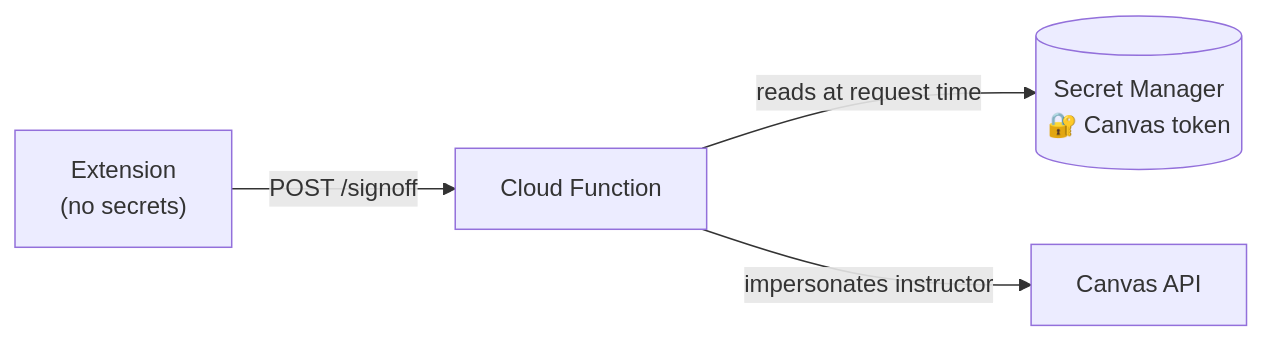
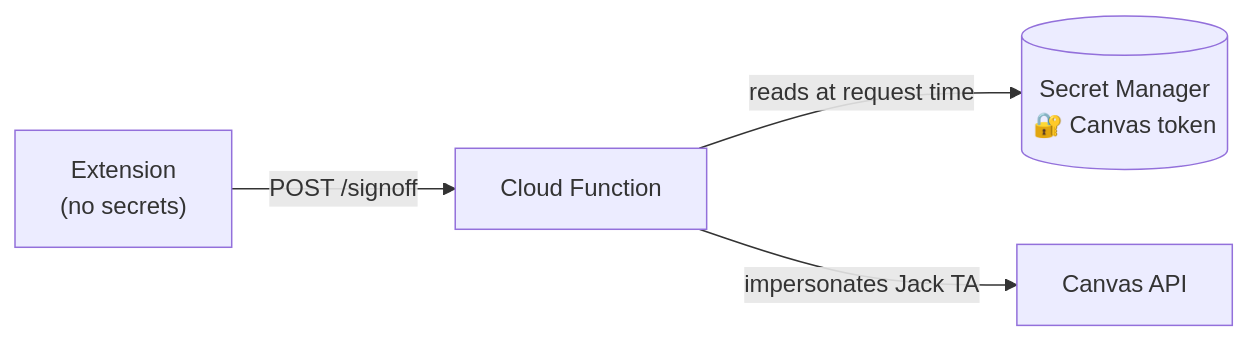
One commit to byu-cs-393/extension changed the diagram in notes/addendum-5-11-2026.md. Above: the diagram before and after it, drawn with Mermaid. The commit also changed other lines of this file, not shown here.

First line of the commit message:
Use Jack's TA token in production, not instructor's

````diff
--- a/notes/addendum-5-11-2026.md
+++ b/notes/addendum-5-11-2026.md
@@ -36,6 +36,6 @@
 ```mermaid
 flowchart LR
     EXT["Extension<br/>(no secrets)"] -->|POST /signoff| FN["Cloud Function"]
     FN -->|reads at request time| SM[("Secret Manager<br/>🔐 Canvas token")]
-    FN -->|impersonates instructor| CV["Canvas API"]
+    FN -->|impersonates Jack TA| CV["Canvas API"]
 ```
````
